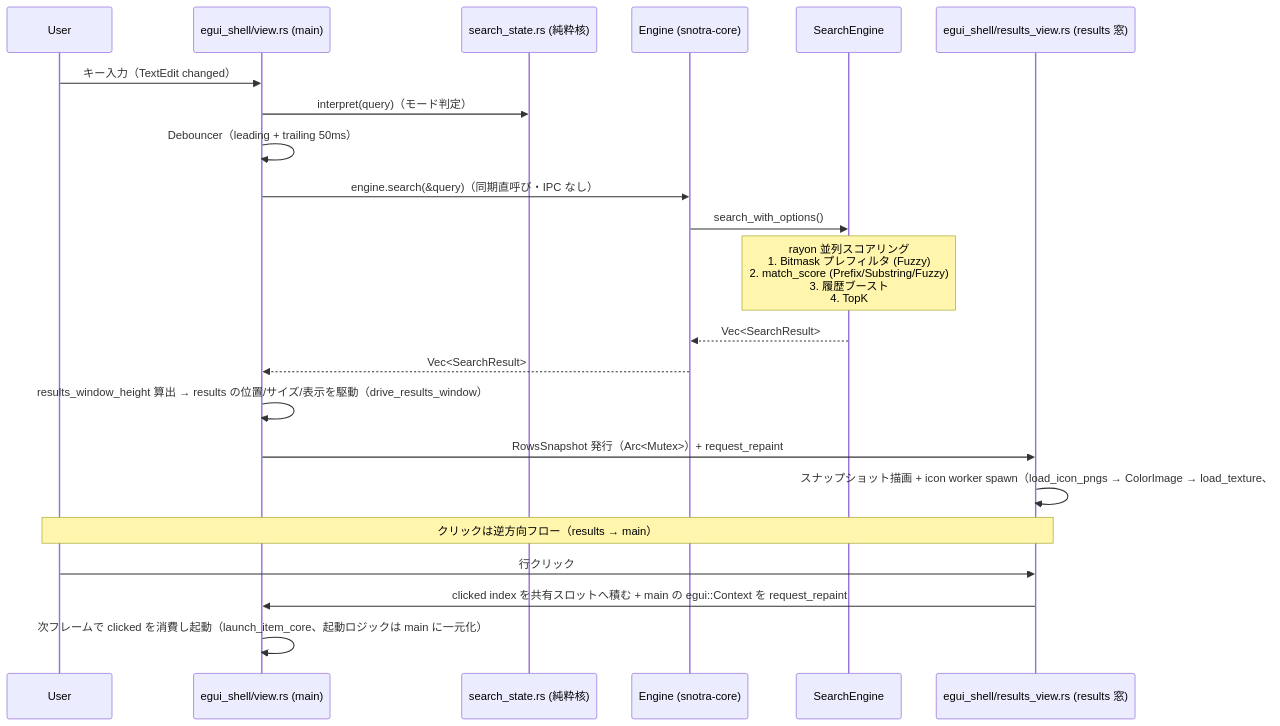
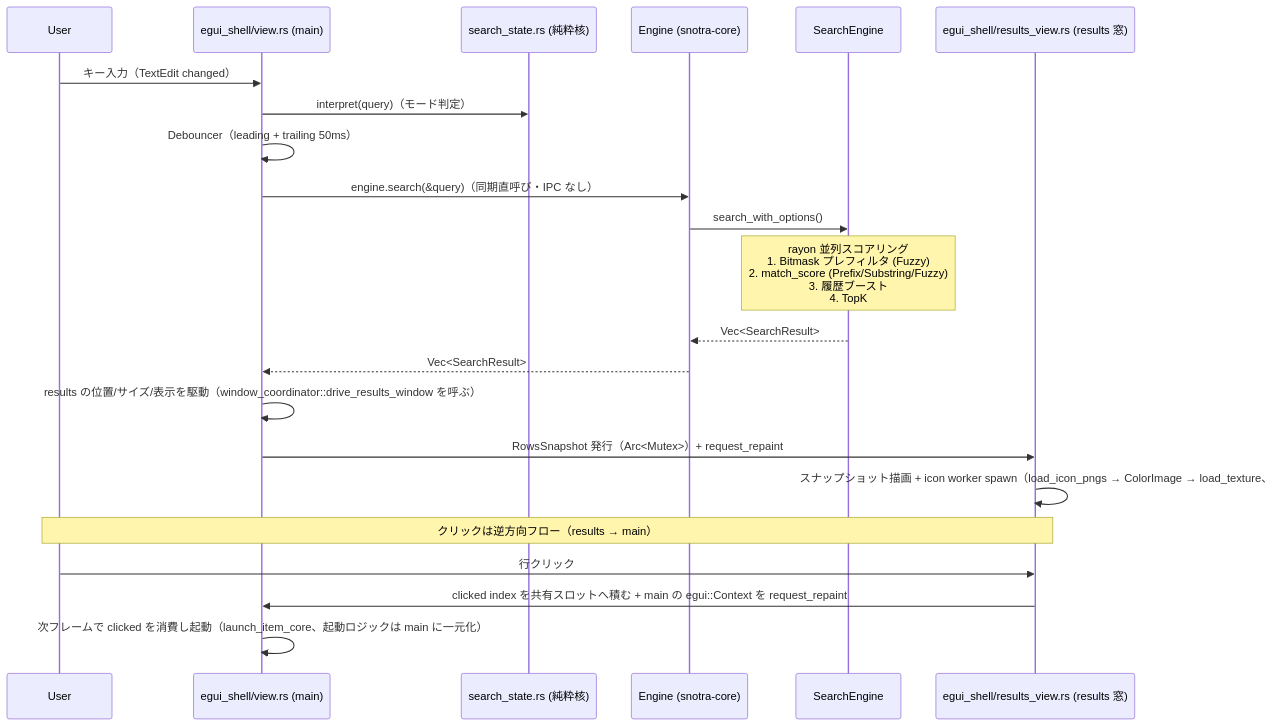
One commit to finelagusaz/Snotra changed the diagram in docs/architecture.md. Above: the diagram before and after it, drawn with Mermaid. The commit also changed other lines of this file and 21 other files, not shown here.

First line of the commit message:
refactor: 窓の可視性・位置・サイズ・wake を WindowCoordinator へ集約する (段1) (#759)

````diff
--- a/docs/architecture.md
+++ b/docs/architecture.md
@@ -153,28 +153,28 @@
 ```mermaid
 sequenceDiagram
     participant User
     participant View as egui_shell/view.rs (main)
     participant State as search_state.rs (純粋核)
     participant Eng as Engine (snotra-core)
     participant SE as SearchEngine
     participant Results as egui_shell/results_view.rs (results 窓)
 
     User->>View: キー入力（TextEdit changed）
     View->>State: interpret(query)（モード判定）
     View->>View: Debouncer（leading + trailing 50ms）
     View->>Eng: engine.search(&query)（同期直呼び・IPC なし）
     Eng->>SE: search_with_options()
 
     Note over SE: rayon 並列スコアリング<br/>1. Bitmask プレフィルタ (Fuzzy)<br/>2. match_score (Prefix/Substring/Fuzzy)<br/>3. 履歴ブースト<br/>4. TopK
 
     SE-->>Eng: Vec<SearchResult>
     Eng-->>View: Vec<SearchResult>
-    View->>View: results_window_height 算出 → results の位置/サイズ/表示を駆動（drive_results_window）
+    View->>View: results の位置/サイズ/表示を駆動（window_coordinator::drive_results_window を呼ぶ）
     View->>Results: RowsSnapshot 発行（Arc<Mutex>）+ request_repaint
     Results->>Results: スナップショット描画 + icon worker spawn（load_icon_pngs → ColorImage → load_texture、#646 PR2 で view.rs から移管）
 
     Note over User,Results: クリックは逆方向フロー（results → main）
     User->>Results: 行クリック
     Results->>View: clicked index を共有スロットへ積む + main の egui::Context を request_repaint
     View->>View: 次フレームで clicked を消費し起動（launch_item_core、起動ロジックは main に一元化）
 ```
````
